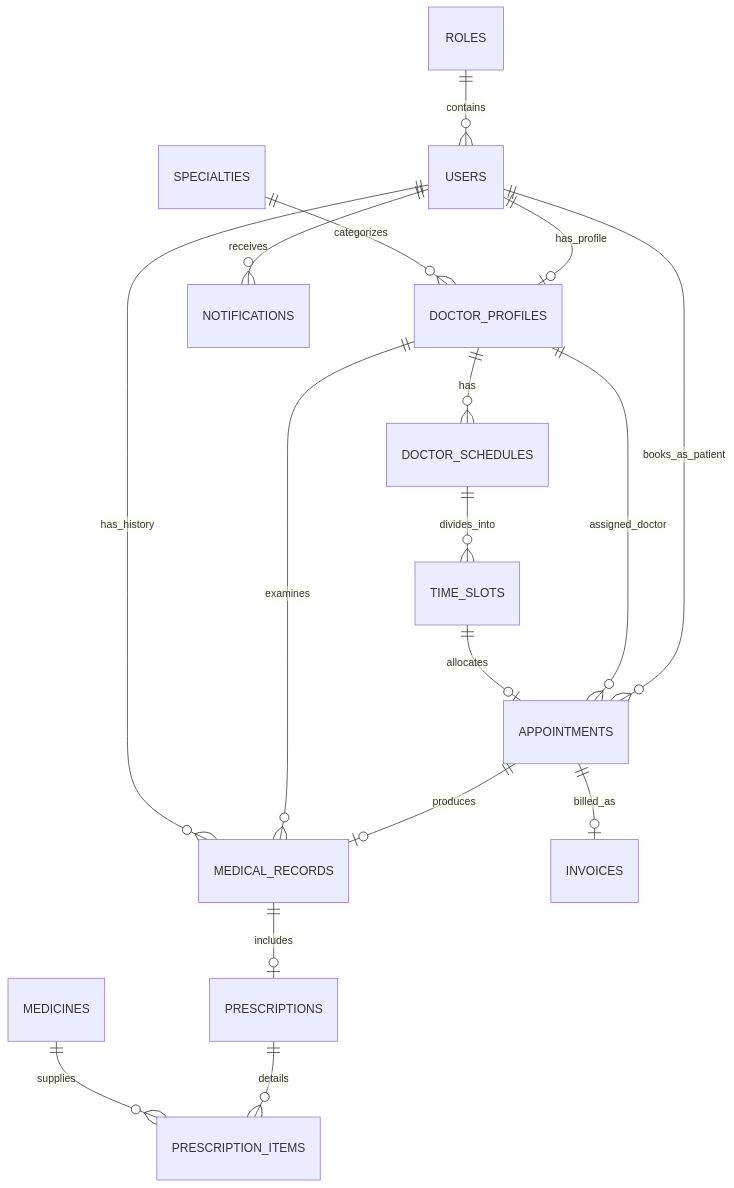
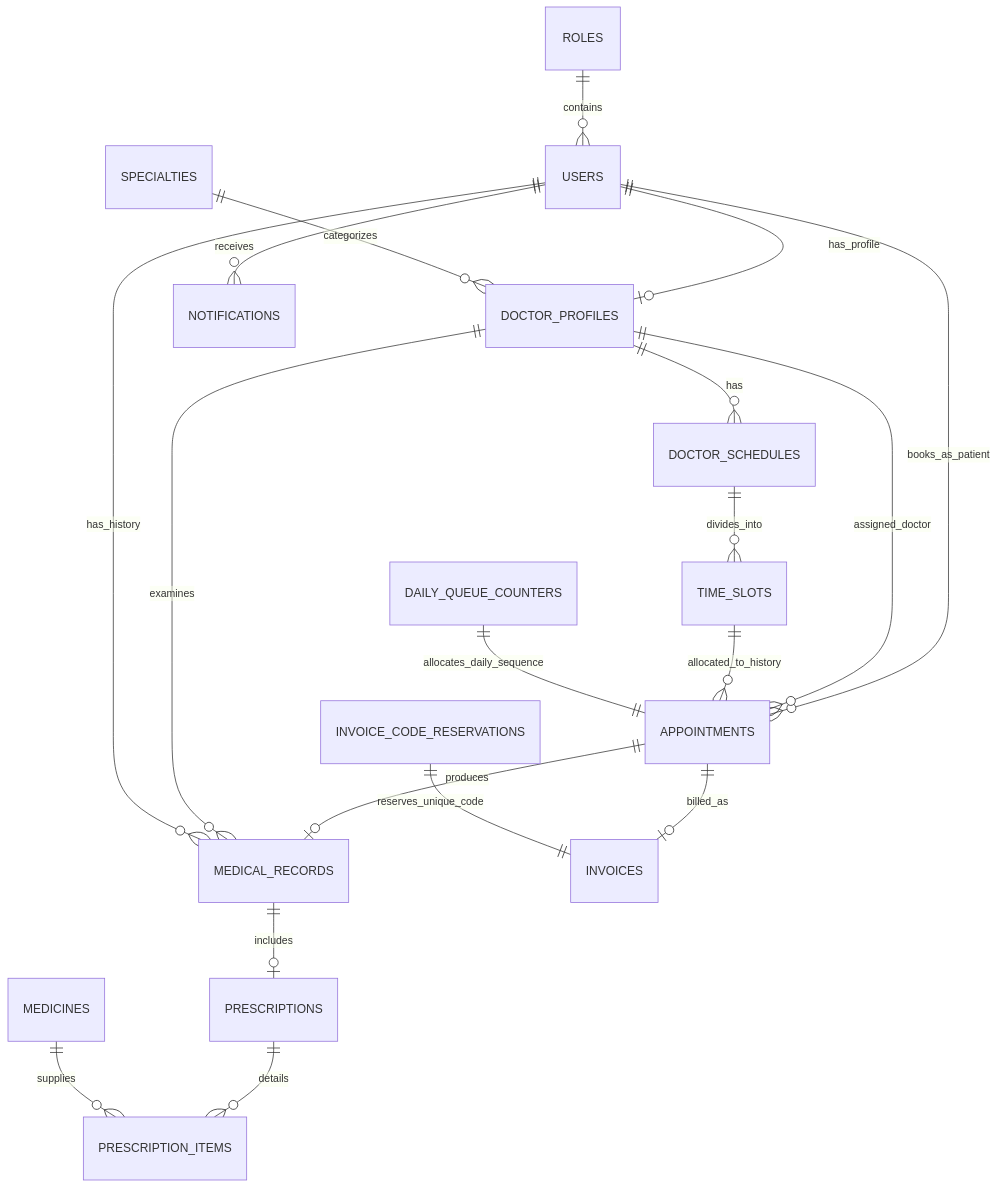
One commit to tranducanhyn99-prog/medclinic-system changed the diagram in docs/03_DATABASE_DESIGN_3NF.md. Above: the diagram before and after it, drawn with Mermaid. The commit also changed other lines of this file and 141 other files, not shown here.

````diff
--- a/docs/03_DATABASE_DESIGN_3NF.md
+++ b/docs/03_DATABASE_DESIGN_3NF.md
@@ -10,23 +10,25 @@
 ```mermaid
 erDiagram
     ROLES ||--o{ USERS : "contains"
     USERS ||--o| DOCTOR_PROFILES : "has_profile"
     SPECIALTIES ||--o{ DOCTOR_PROFILES : "categorizes"
     DOCTOR_PROFILES ||--o{ DOCTOR_SCHEDULES : "has"
     DOCTOR_SCHEDULES ||--o{ TIME_SLOTS : "divides_into"
-    
+
     USERS ||--o{ APPOINTMENTS : "books_as_patient"
     DOCTOR_PROFILES ||--o{ APPOINTMENTS : "assigned_doctor"
-    TIME_SLOTS ||--o| APPOINTMENTS : "allocates"
-    
+    TIME_SLOTS ||--o{ APPOINTMENTS : "allocated_to_history"
+
     APPOINTMENTS ||--o| MEDICAL_RECORDS : "produces"
     DOCTOR_PROFILES ||--o{ MEDICAL_RECORDS : "examines"
     USERS ||--o{ MEDICAL_RECORDS : "has_history"
-    
+
     MEDICAL_RECORDS ||--o| PRESCRIPTIONS : "includes"
     PRESCRIPTIONS ||--o{ PRESCRIPTION_ITEMS : "details"
     MEDICINES ||--o{ PRESCRIPTION_ITEMS : "supplies"
-    
+
     APPOINTMENTS ||--o| INVOICES : "billed_as"
+    DAILY_QUEUE_COUNTERS ||--|| APPOINTMENTS : "allocates_daily_sequence"
+    INVOICE_CODE_RESERVATIONS ||--|| INVOICES : "reserves_unique_code"
     USERS ||--o{ NOTIFICATIONS : "receives"
 ```
````
